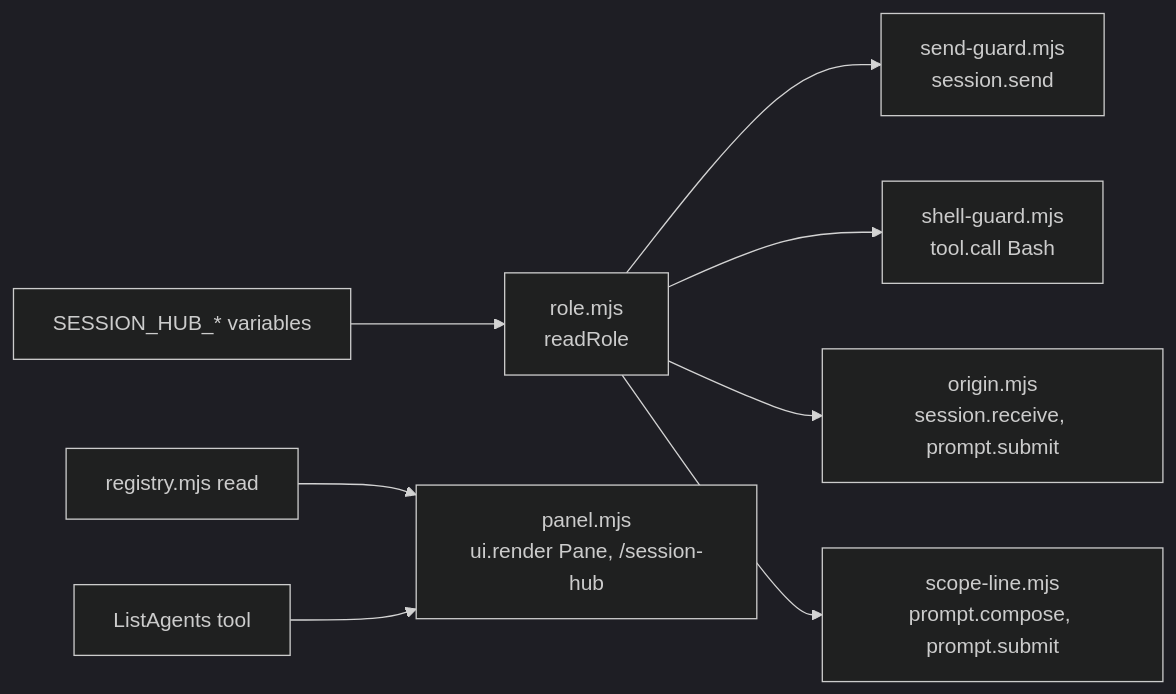
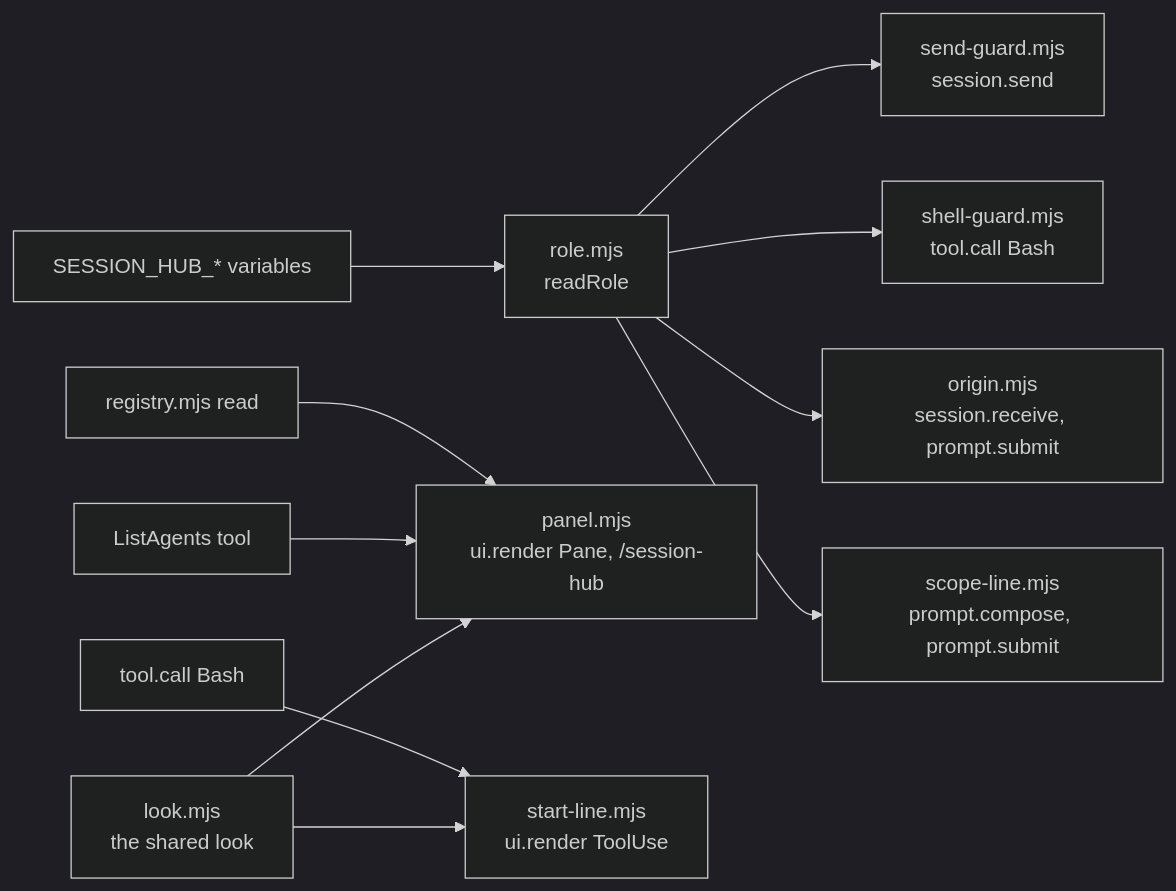
Before and after one commit to MrBogomips/agent-orchestration: the fifth of 8 diagrams in docs/architecture.md, drawn with Mermaid (dark theme). The commit also changed other lines of this file and 8 other files, not shown here.

First line of the commit message:
docs(session-hub): the shared look in the README, manual, site and architecture

````diff
--- a/docs/architecture.md
+++ b/docs/architecture.md
@@ -475,10 +475,13 @@
 ```mermaid
 flowchart LR
   env["SESSION_HUB_* variables"] --> role["role.mjs<br/>readRole"]
   role --> send["send-guard.mjs<br/>session.send"]
   role --> shell["shell-guard.mjs<br/>tool.call Bash"]
   role --> origin["origin.mjs<br/>session.receive, prompt.submit"]
   role --> line["scope-line.mjs<br/>prompt.compose, prompt.submit"]
   registry["registry.mjs read"] --> panel["panel.mjs<br/>ui.render Pane, /session-hub"]
   list["ListAgents tool"] --> panel
+  bash["tool.call Bash"] --> start["start-line.mjs<br/>ui.render ToolUse"]
+  look["look.mjs<br/>the shared look"] --> panel
+  look --> start
 ```
````
